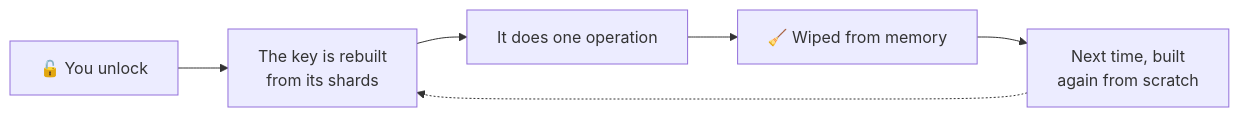
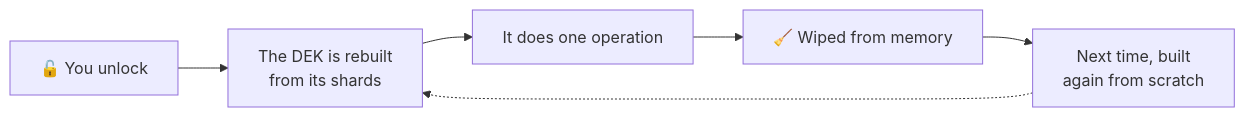
Before and after one commit to TuPhung369/passwordepic-website: the first of 18 diagrams in docs/plain-words.md, drawn with Mermaid. The commit also changed other lines of this file and 22 other files, not shown here.

````diff
--- a/docs/plain-words.md
+++ b/docs/plain-words.md
@@ -37,8 +41,8 @@
 ```mermaid
 flowchart LR
-  A["🔓 You unlock"] --> B["The key is rebuilt<br/>from its shards"]
+  A["🔓 You unlock"] --> B["The DEK is rebuilt<br/>from its shards"]
   B --> C["It does one operation"]
   C --> D["🧹 Wiped from memory"]
   D --> E["Next time, built<br/>again from scratch"]
   E -.-> B
 ```
````
